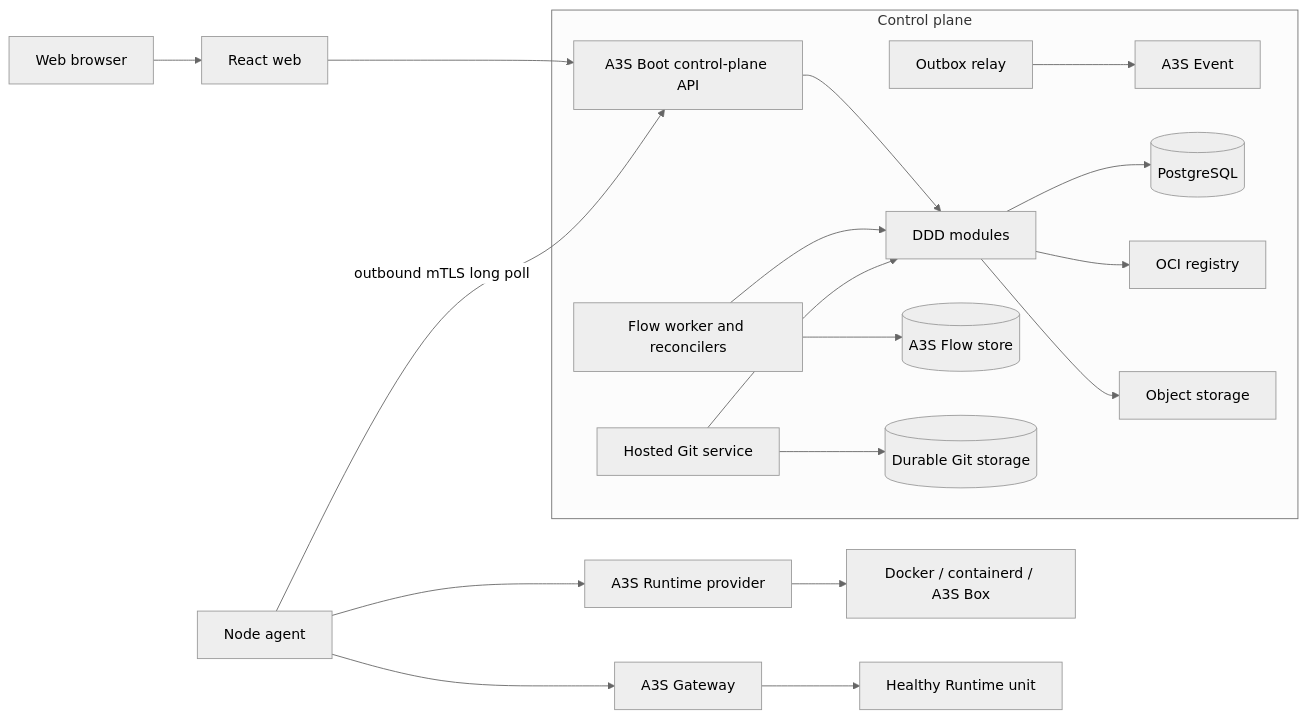
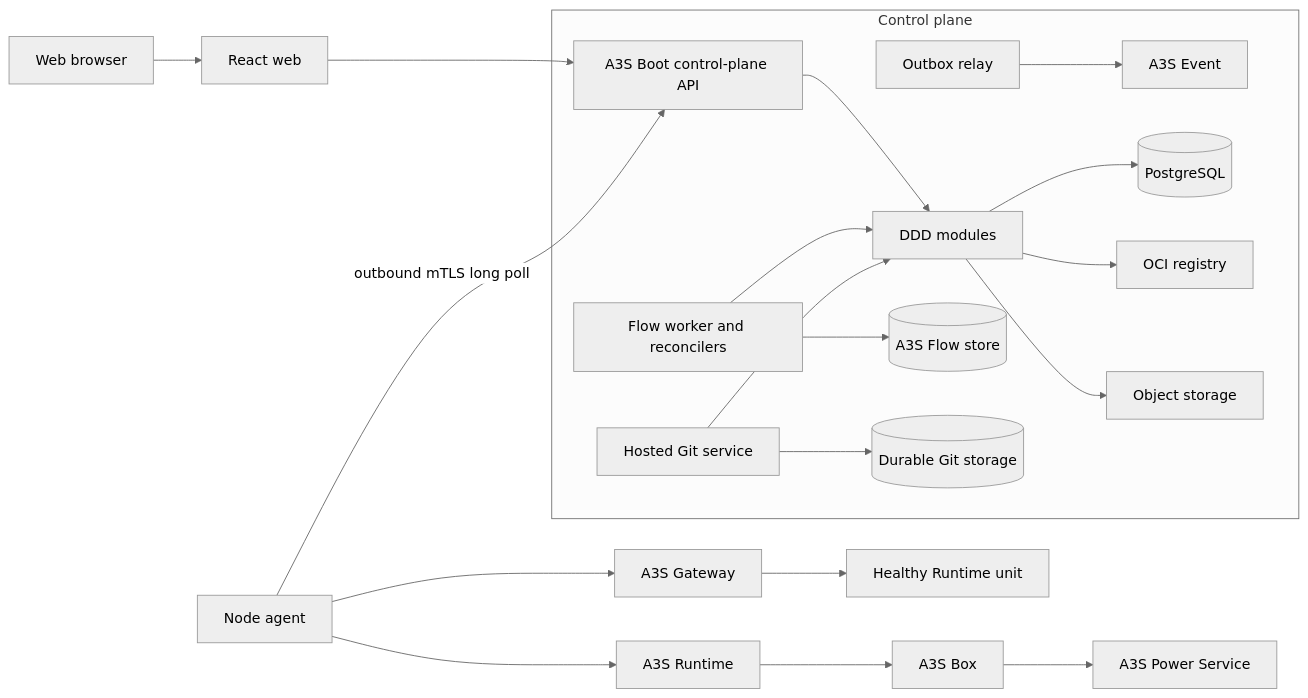
The diagram in docs/architecture.md (A3S-Lab/Cloud), drawn with Mermaid (neutral theme) before and after one commit. The commit also changed other lines of this file and 5 other files, not shown here.

Commit message:
docs: require Box runtime and Power inference

````diff
--- a/docs/architecture.md
+++ b/docs/architecture.md
@@ -149,23 +162,24 @@
 ```mermaid
 flowchart LR
     browser[Web browser] --> web[React web]
     web --> api[A3S Boot control-plane API]
 
     subgraph control[Control plane]
       api --> modules[DDD modules]
       worker[Flow worker and reconcilers] --> modules
       relay[Outbox relay] --> event[A3S Event]
       modules --> pg[(PostgreSQL)]
       worker --> flow[(A3S Flow store)]
       modules --> registry[OCI registry]
       modules --> objects[Object storage]
       git[Hosted Git service] --> gitstore[(Durable Git storage)]
       git --> modules
     end
 
     agent[Node agent] -- outbound mTLS long poll --> api
-    agent --> runtime[A3S Runtime provider]
-    runtime --> provider[Docker / containerd / A3S Box]
+    agent --> runtime[A3S Runtime]
+    runtime --> box[A3S Box]
+    box --> power[A3S Power Service]
     agent --> gateway[A3S Gateway]
     gateway --> workload[Healthy Runtime unit]
 ```
````
